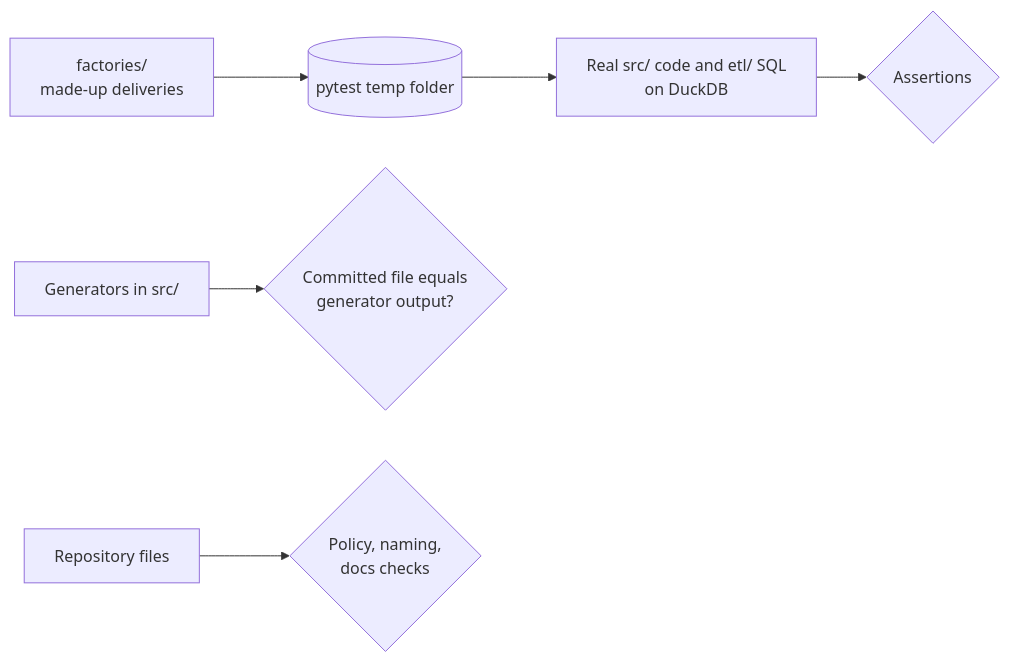
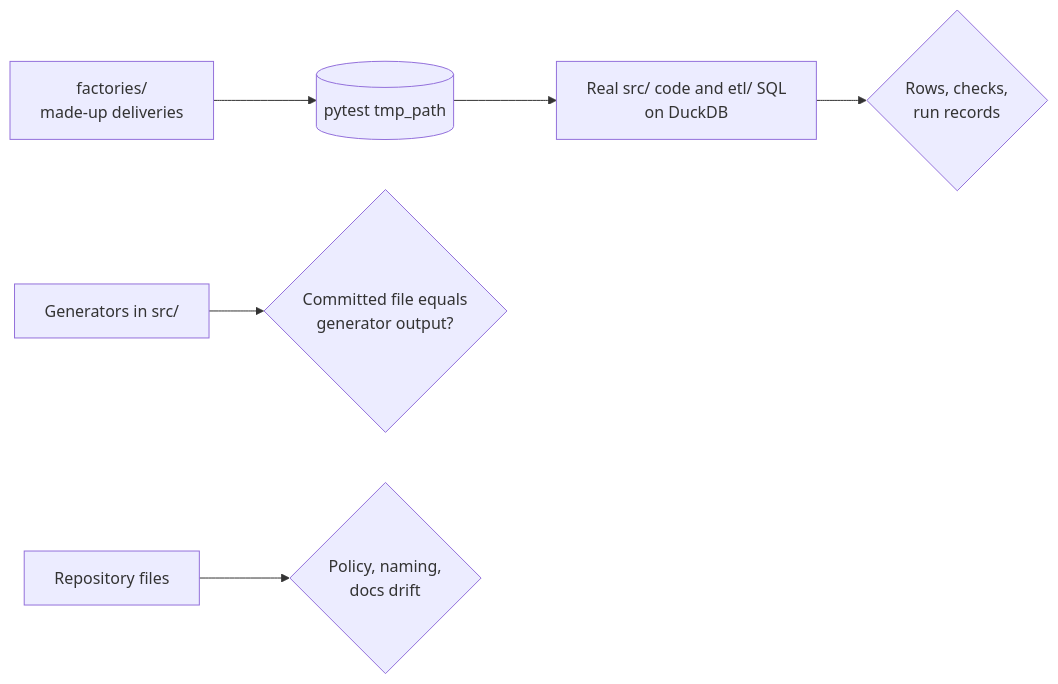
The first of 2 diagrams in tests/README.md (hyenalouise/edu-access-sandbox), drawn with Mermaid before and after one commit. The commit also changed other lines of this file and 1 other file, not shown here.

````diff
--- a/tests/README.md
+++ b/tests/README.md
@@ -9,8 +5,8 @@
 ```mermaid
 flowchart LR
-    factories[factories/<br/>made-up deliveries] --> tmp[(pytest temp folder)]
+    factories[factories/<br/>made-up deliveries] --> tmp[(pytest tmp_path)]
     tmp --> code[Real src/ code and etl/ SQL<br/>on DuckDB]
-    code --> asserts{Assertions}
+    code --> asserts{Rows, checks,<br/>run records}
     generators[Generators in src/] --> compare{Committed file equals<br/>generator output?}
-    repo[Repository files] --> policy{Policy, naming,<br/>docs checks}
+    repo[Repository files] --> policy{Policy, naming,<br/>docs drift}
 ```
````
